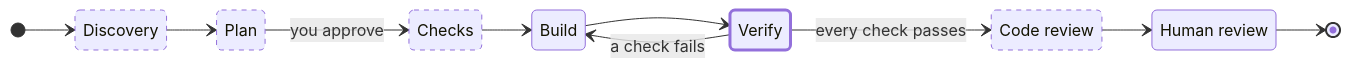
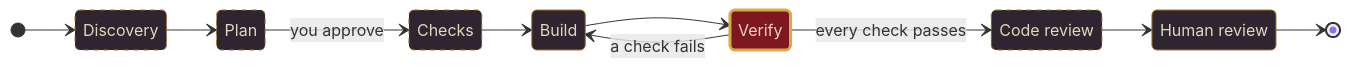
One commit to AlfredoNeeto/tazuna changed the first of 4 diagrams in README.md. Above: the diagram before and after it, drawn with Mermaid. The commit also changed other lines of this file and 16 other files, not shown here.

````diff
--- a/README.md
+++ b/README.md
@@ -102,19 +92,21 @@
 ```mermaid
 stateDiagram-v2
     direction LR
     [*] --> Discovery
     Discovery --> Plan
     Plan --> Checks: you approve
     Checks --> Build
     Build --> Verify
     Verify --> Build: a check fails
     state "Code review" as Review
     state "Human review" as Human
     Verify --> Review: every check passes
     Review --> Human
     Human --> [*]
-    classDef optional stroke-dasharray: 5 5
-    classDef enforced stroke-width: 3px
+    classDef optional fill:#2f2530,stroke:#a5752a,color:#e2d6bb,stroke-dasharray: 5 5
+    classDef enforced fill:#7f1721,stroke:#d9a948,color:#e2d6bb,stroke-width: 3px
+    classDef rite fill:#2f2530,stroke:#a5752a,color:#e2d6bb
     class Discovery,Plan,Checks,Review optional
     class Verify enforced
+    class Build,Human rite
 ```
````
